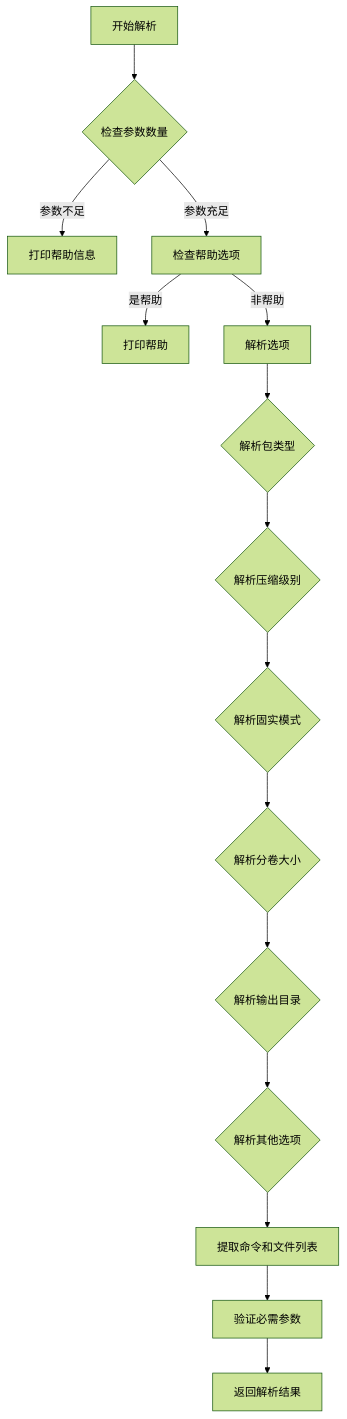
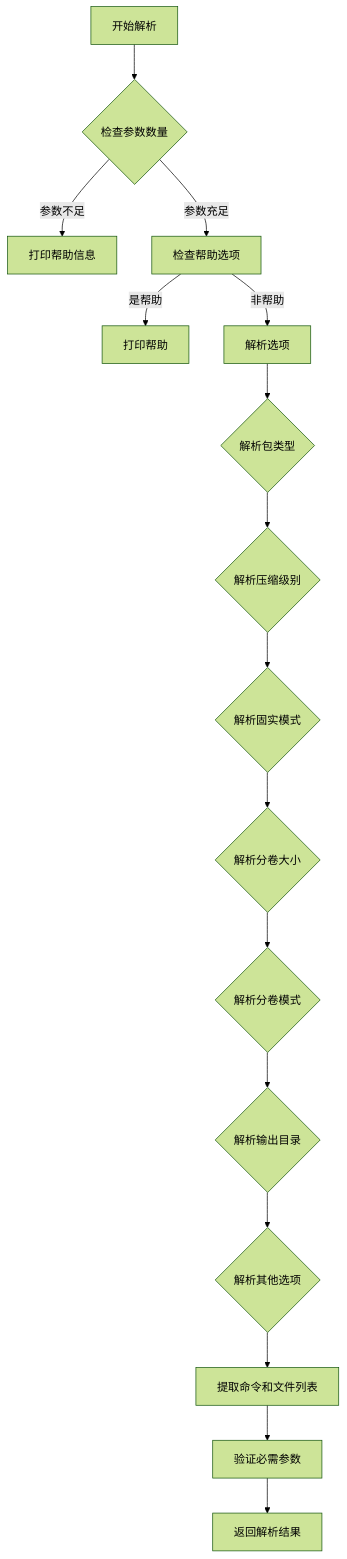
Before and after one commit to xywhsoft/xpack: the second of 10 diagrams in .qoder/repowiki/zh/content/开发者指南/xpkcon 命令行工具.md, drawn with Mermaid (forest theme). The commit also changed other lines of this file and 14 other files, not shown here.

````diff
--- a/.qoder/repowiki/zh/content/开发者指南/xpkcon 命令行工具.md
+++ b/.qoder/repowiki/zh/content/开发者指南/xpkcon 命令行工具.md
@@ -91,17 +111,18 @@
 ```mermaid
 flowchart TD
 A[开始解析] --> B{检查参数数量}
 B --> |参数不足| C[打印帮助信息]
 B --> |参数充足| D[检查帮助选项]
 D --> |是帮助| E[打印帮助]
 D --> |非帮助| F[解析选项]
 F --> G{解析包类型}
 G --> H{解析压缩级别}
 H --> I{解析固实模式}
 I --> J{解析分卷大小}
-J --> K{解析输出目录}
-K --> L{解析其他选项}
-L --> M[提取命令和文件列表]
-M --> N[验证必需参数]
-N --> O[返回解析结果]
+J --> K{解析分卷模式}
+K --> L{解析输出目录}
+L --> M{解析其他选项}
+M --> N[提取命令和文件列表]
+N --> O[验证必需参数]
+O --> P[返回解析结果]
 ```
````
